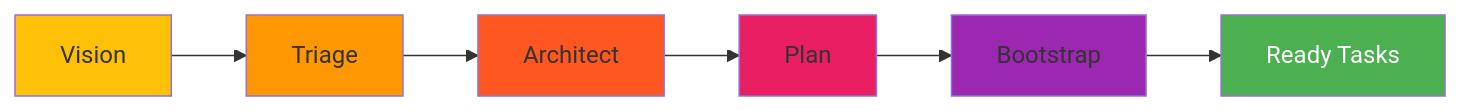
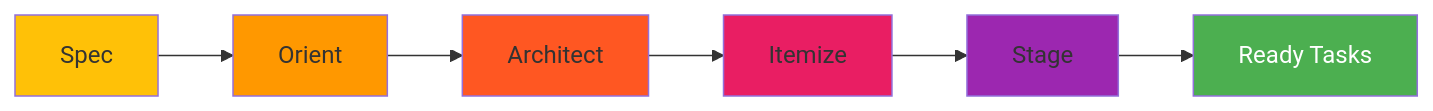
Before and after one commit to lavallee/cub: the diagram in docs-src/content/guide/prep-pipeline/index.md, drawn with Mermaid. The commit also changed other lines of this file and 36 other files, not shown here.

First line of the commit message:
docs: Update docs for plan flow, rename investigate to triage

````diff
--- a/docs-src/content/guide/prep-pipeline/index.md
+++ b/docs-src/content/guide/prep-pipeline/index.md
@@ -7,15 +7,15 @@
 ```mermaid
 flowchart LR
-    A[Vision] --> B[Triage]
+    A[Spec] --> B[Orient]
     B --> C[Architect]
-    C --> D[Plan]
-    D --> E[Bootstrap]
+    C --> D[Itemize]
+    D --> E[Stage]
     E --> F[Ready Tasks]
 
     style A fill:#FFC107
     style B fill:#FF9800
     style C fill:#FF5722
     style D fill:#E91E63
     style E fill:#9C27B0
     style F fill:#4CAF50,color:white
 ```
````
